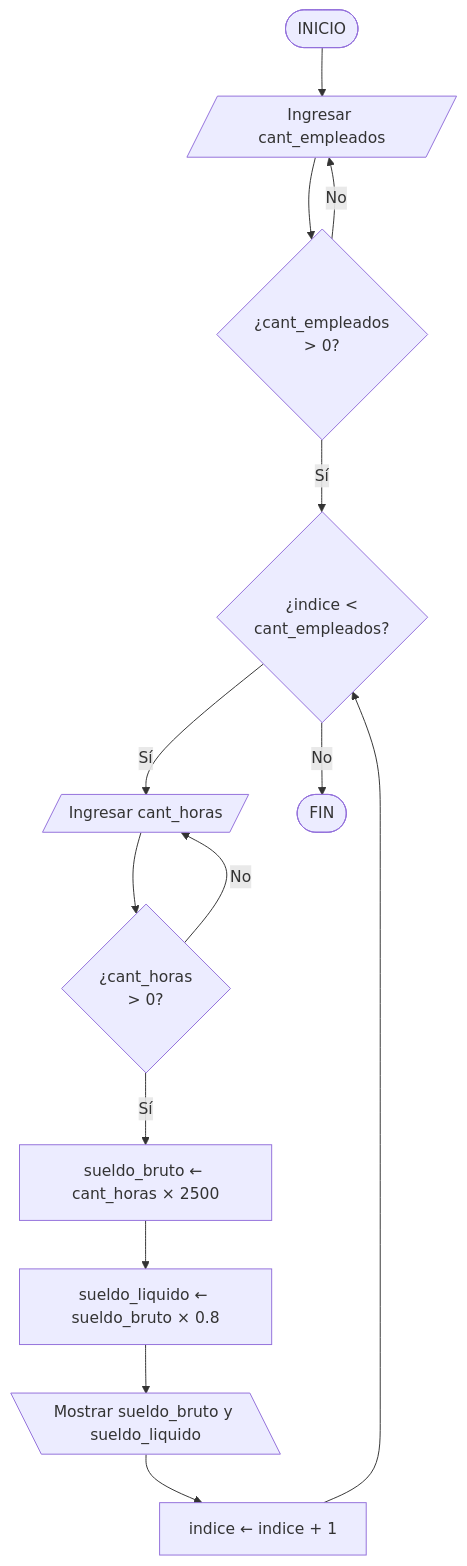
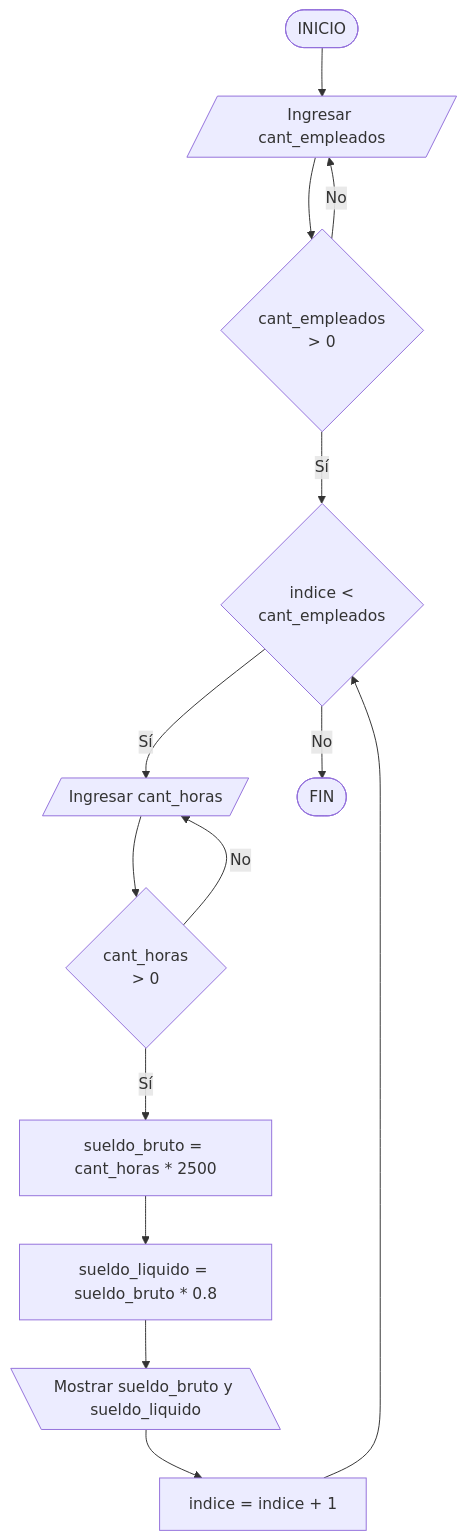
Before and after one commit to BenjaminSerrano/principios-programacion: the second of 2 diagrams in docs/core/controlflow/for-examples.md, drawn with Mermaid. The commit also changed other lines of this file and 4 other files, not shown here.

First line of the commit message:
Reorganizar contenido y unificar convenciones en diagramas de flujo

````diff
--- a/docs/core/controlflow/for-examples.md
+++ b/docs/core/controlflow/for-examples.md
@@ -124,16 +124,16 @@
     ``` mermaid
     flowchart TD
         A([INICIO]) --> B[/Ingresar cant_empleados/]
-        B --> C{"¿cant_empleados\n> 0?"}
+        B --> C{"cant_empleados\n> 0"}
         C -->|No| B
-        C -->|Sí| D{"¿indice <\ncant_empleados?"}
+        C -->|Sí| D{"indice <\ncant_empleados"}
         D -->|Sí| E[/Ingresar cant_horas/]
-        E --> F{"¿cant_horas\n> 0?"}
+        E --> F{"cant_horas\n> 0"}
         F -->|No| E
-        F -->|Sí| G["sueldo_bruto ← cant_horas × 2500"]
-        G --> H["sueldo_liquido ← sueldo_bruto × 0.8"]
+        F -->|Sí| G["sueldo_bruto = cant_horas * 2500"]
+        G --> H["sueldo_liquido = sueldo_bruto * 0.8"]
         H --> I[\"Mostrar sueldo_bruto y sueldo_liquido"\]
-        I --> J["indice ← indice + 1"]
+        I --> J["indice = indice + 1"]
         J --> D
         D -->|No| K([FIN])
     ```
````
